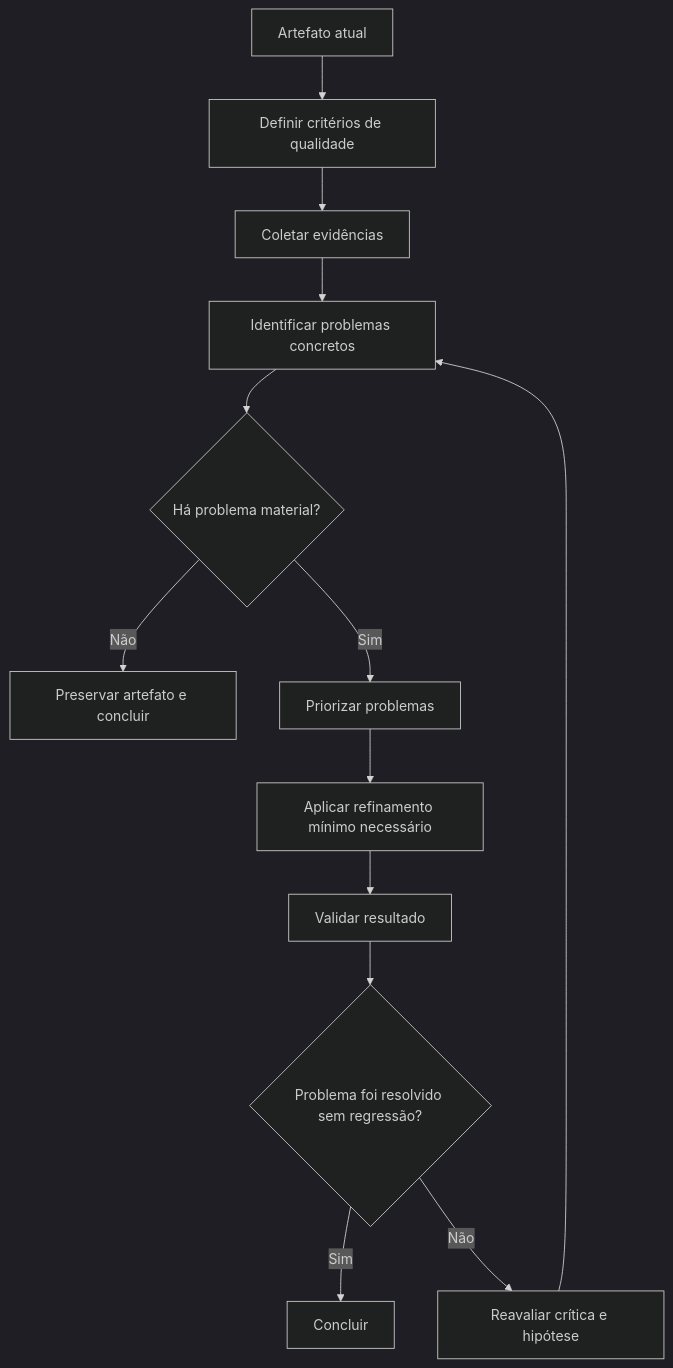
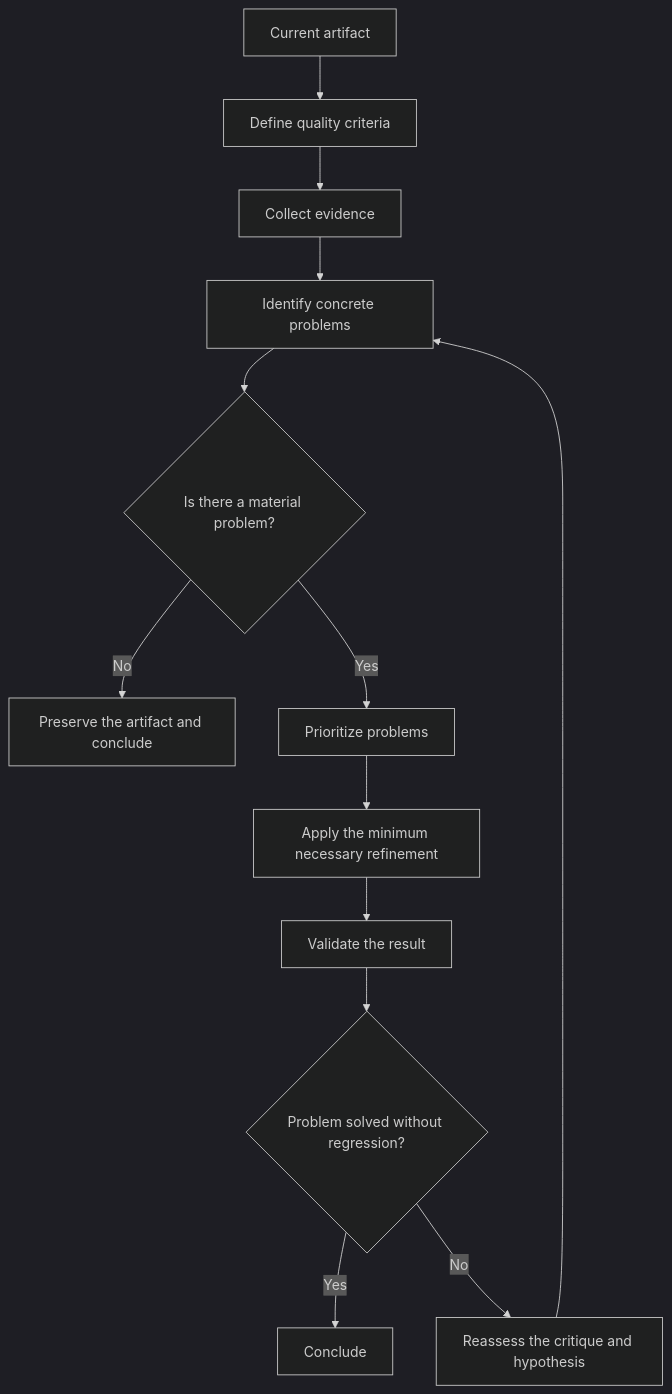
One commit to rpelizza/PelizzAI changed the first of 3 diagrams in dist/.claude/skills/pelizzai-reasoning/techniques/critique-and-refine.md. Above: the diagram before and after it, drawn with Mermaid (dark theme). The commit also changed other lines of this file and 362 other files, not shown here.

````diff
--- a/dist/.claude/skills/pelizzai-reasoning/techniques/critique-and-refine.md
+++ b/dist/.claude/skills/pelizzai-reasoning/techniques/critique-and-refine.md
@@ -30,17 +30,17 @@
 ```mermaid
 flowchart TD
-    A[Artefato atual] --> B[Definir critérios de qualidade]
-    B --> C[Coletar evidências]
-    C --> D[Identificar problemas concretos]
-    D --> E{Há problema material?}
+    A[Current artifact] --> B[Define quality criteria]
+    B --> C[Collect evidence]
+    C --> D[Identify concrete problems]
+    D --> E{Is there a material problem?}
 
-    E -- Não --> F[Preservar artefato e concluir]
-    E -- Sim --> G[Priorizar problemas]
-    G --> H[Aplicar refinamento mínimo necessário]
-    H --> I[Validar resultado]
-    I --> J{Problema foi resolvido sem regressão?}
+    E -- No --> F[Preserve the artifact and conclude]
+    E -- Yes --> G[Prioritize problems]
+    G --> H[Apply the minimum necessary refinement]
+    H --> I[Validate the result]
+    I --> J{Problem solved without regression?}
 
-    J -- Sim --> K[Concluir]
-    J -- Não --> L[Reavaliar crítica e hipótese]
+    J -- Yes --> K[Conclude]
+    J -- No --> L[Reassess the critique and hypothesis]
     L --> D
 ```
````
